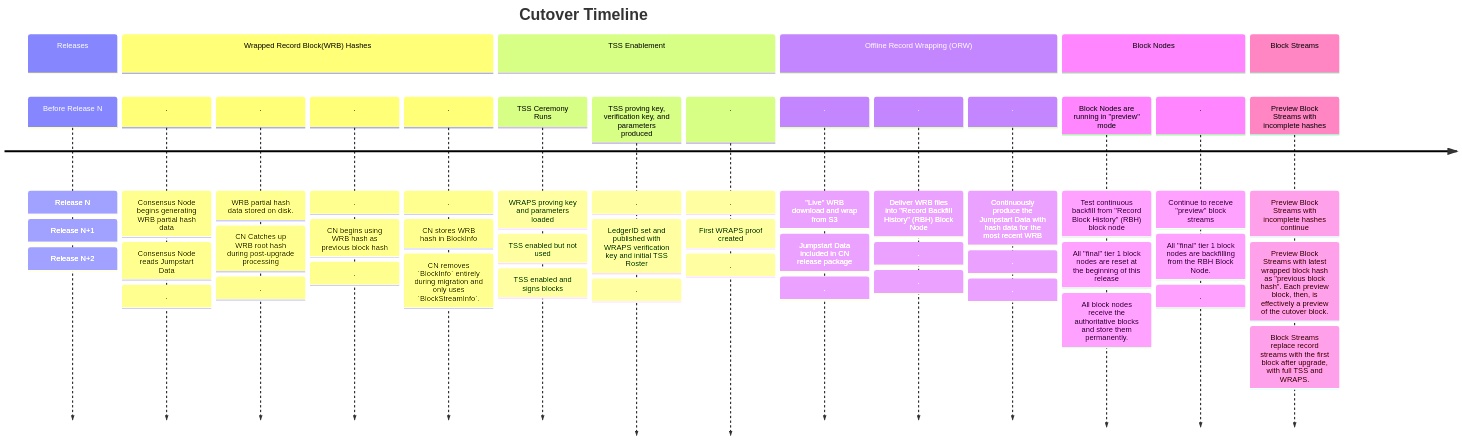
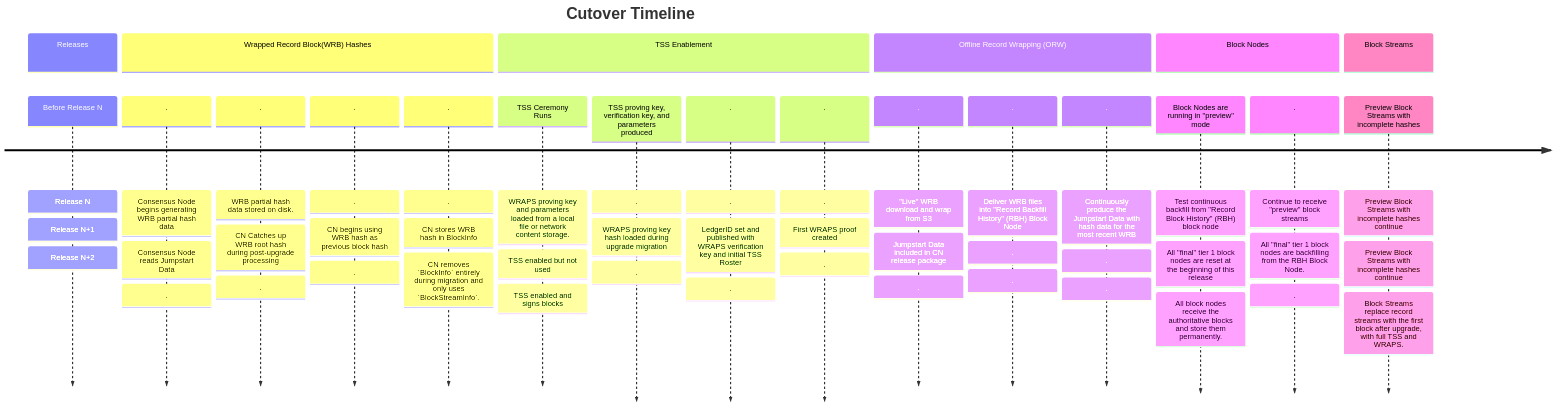
The diagram in docs/block-node/Cutover-Process.md (hiero-ledger/hiero-block-node), drawn with Mermaid before and after one commit. The commit also changed other lines of this file, not shown here.

Commit message:
Review updates * Added clarifying items * Adjusted some wording * Fixed a line break issue * Moved timeline before the process description

````diff
--- a/docs/block-node/Cutover-Process.md
+++ b/docs/block-node/Cutover-Process.md
@@ -189,66 +59,70 @@
 ```mermaid
 timeline
     title Cutover Timeline
     section Releases
         Before Release N
                   : Release N
                   : Release N+1
                   : Release N+2
     section Wrapped Record Block(WRB) Hashes
         .
                  : Consensus Node begins generating WRB partial hash data
                  : Consensus Node reads Jumpstart Data
                  : .
         .
                  : WRB partial hash data stored on disk.
                  : CN Catches up WRB root hash during post-upgrade processing
                  : .
         .
                  : .
                  : CN begins using WRB hash as previous block hash
                  : .
         .
                  : .
                  : CN stores WRB hash in BlockInfo
                  : CN removes `BlockInfo` entirely during migration and only uses `BlockStreamInfo`.
     section TSS Enablement
         TSS Ceremony Runs
-                 : WRAPS proving key and parameters loaded
+                 : WRAPS proving key and parameters loaded from a local file or network content storage.
                  : TSS enabled but not used
                  : TSS enabled and signs blocks
         TSS proving key, verification key, and parameters produced
+                 : .
+                 : WRAPS proving key hash loaded during upgrade migration
+                 : .
+        .
                  : .
                  : LedgerID set and published with WRAPS verification key and initial TSS Roster
                  : .
         .
                  : .
                  : First WRAPS proof created
                  : .
     section Offline Record Wrapping (ORW)
         .
                  : "Live" WRB download and wrap from S3
                  : Jumpstart Data included in CN release package
                  : .
         .
                  : Deliver WRB files into "Record Backfill History" (RBH) Block Node
                  : .
                  : .
         .
                  : Continuously produce the Jumpstart Data with hash data for the most recent WRB
                  : .
                  : .
     section Block Nodes
         Block Nodes are running in "preview" mode
                  : Test continuous backfill from "Record Block History" (RBH) block node
                  : All "final" tier 1 block nodes are reset at the beginning of this release
                  : All block nodes receive the authoritative blocks and store them permanently.
         .
                  : Continue to receive "preview" block streams
                  : All "final" tier 1 block nodes are backfilling from the RBH Block Node.
                  : .
     section Block Streams
         Preview Block Streams with incomplete hashes
                  : Preview Block Streams with incomplete hashes continue
-                 : Preview Block Streams with latest wrapped block hash as "previous block hash". Each preview block, then, is effectively a preview of the cutover block.
+                 : Preview Block Streams with incomplete hashes continue
                  : Block Streams replace record streams with the first block after upgrade, with full TSS and WRAPS.
 ```
````
